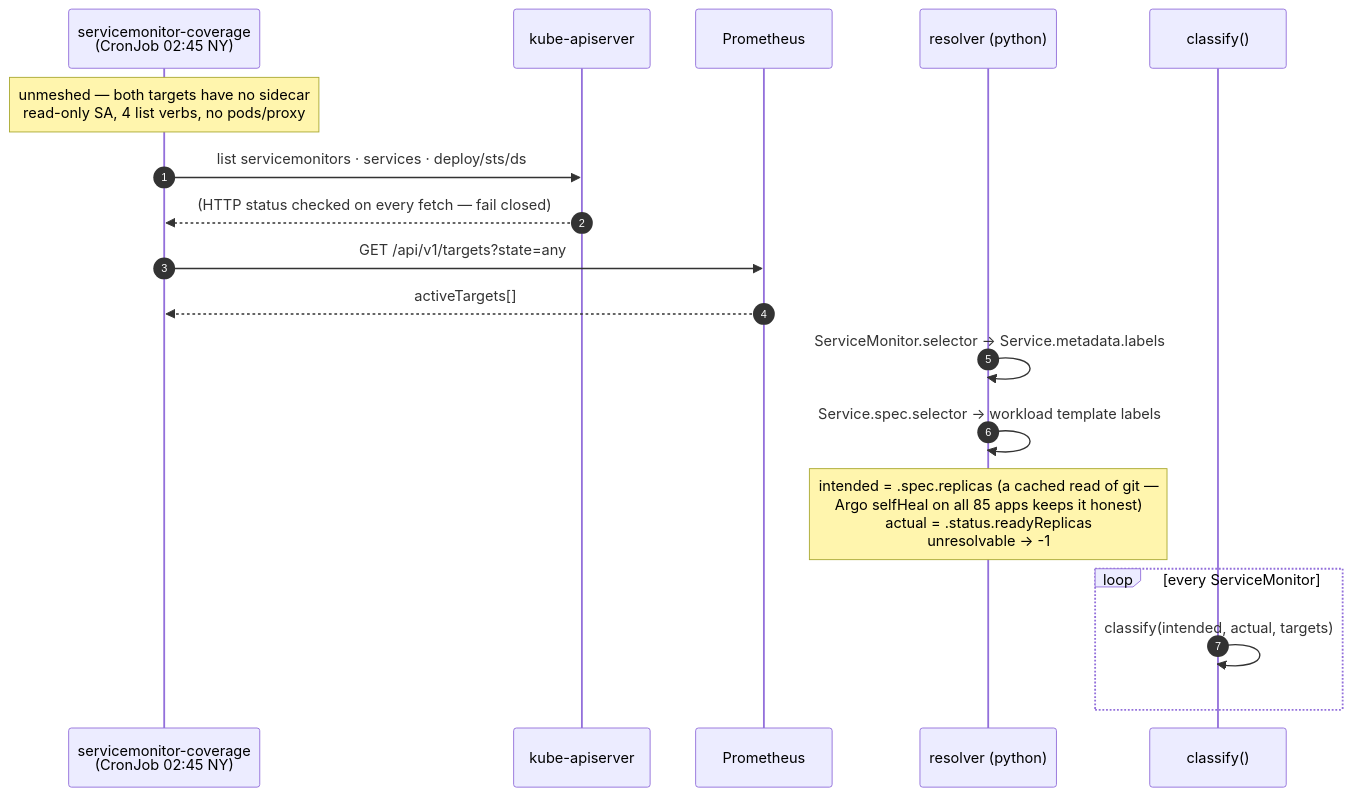
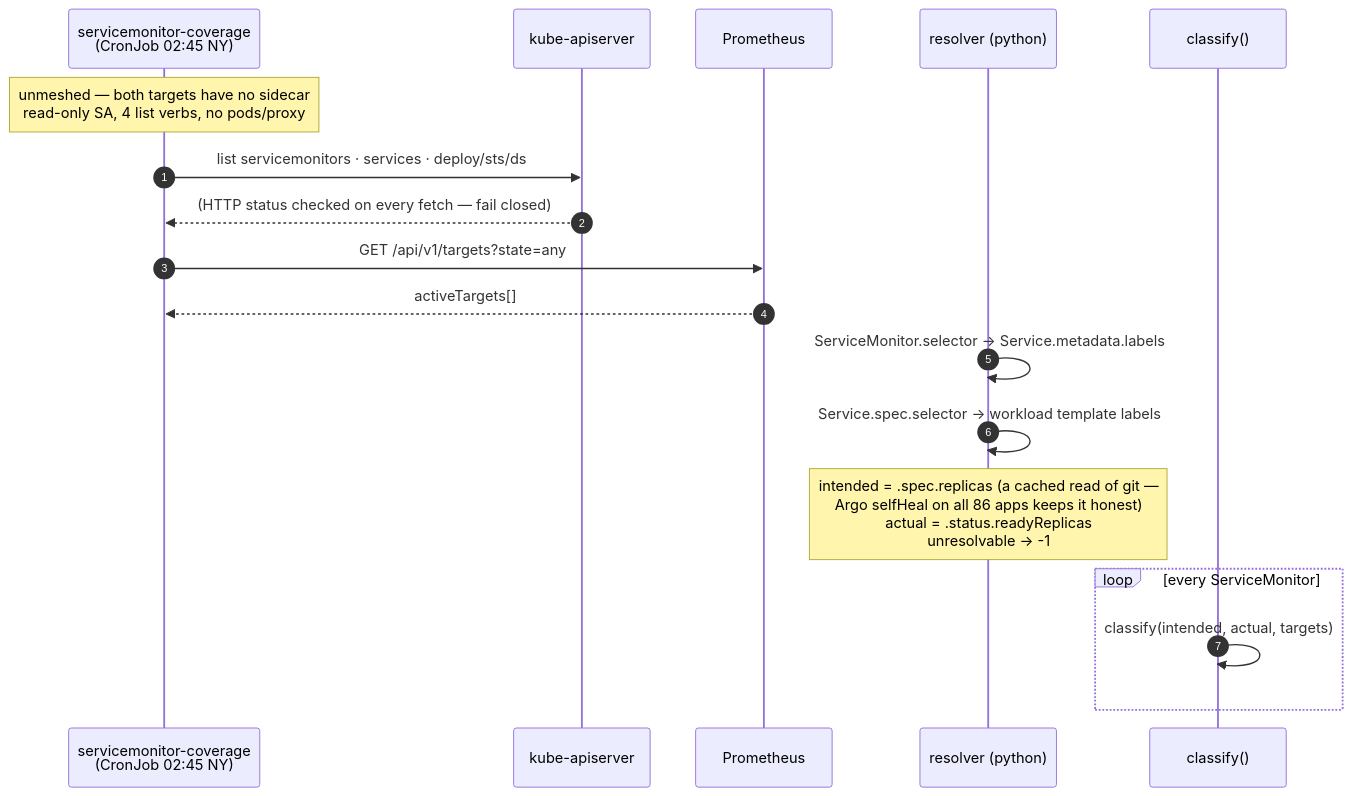
One commit to edtbl76/weyland-lab changed the second of 3 diagrams in docs/diagrams/flow-servicemonitor-coverage.md. Above: the diagram before and after it, drawn with Mermaid. The commit also changed 24 other files, not shown here.

````diff
--- a/docs/diagrams/flow-servicemonitor-coverage.md
+++ b/docs/diagrams/flow-servicemonitor-coverage.md
@@ -36,24 +36,24 @@
 ```mermaid
 sequenceDiagram
     autonumber
     participant CJ as servicemonitor-coverage<br/>(CronJob 02:45 NY)
     participant API as kube-apiserver
     participant PROM as Prometheus
     participant RES as resolver (python)
     participant CLS as classify()
 
     Note over CJ: unmeshed — both targets have no sidecar<br/>read-only SA, 4 list verbs, no pods/proxy
 
     CJ->>API: list servicemonitors · services · deploy/sts/ds
     API-->>CJ: (HTTP status checked on every fetch — fail closed)
     CJ->>PROM: GET /api/v1/targets?state=any
     PROM-->>CJ: activeTargets[]
 
     RES->>RES: ServiceMonitor.selector → Service.metadata.labels
     RES->>RES: Service.spec.selector → workload template labels
-    Note over RES: intended = .spec.replicas (a cached read of git —<br/>Argo selfHeal on all 85 apps keeps it honest)<br/>actual = .status.readyReplicas<br/>unresolvable → -1
+    Note over RES: intended = .spec.replicas (a cached read of git —<br/>Argo selfHeal on all 86 apps keeps it honest)<br/>actual = .status.readyReplicas<br/>unresolvable → -1
 
     loop every ServiceMonitor
     CLS->>CLS: classify(intended, actual, targets)
     end
 ```
````
